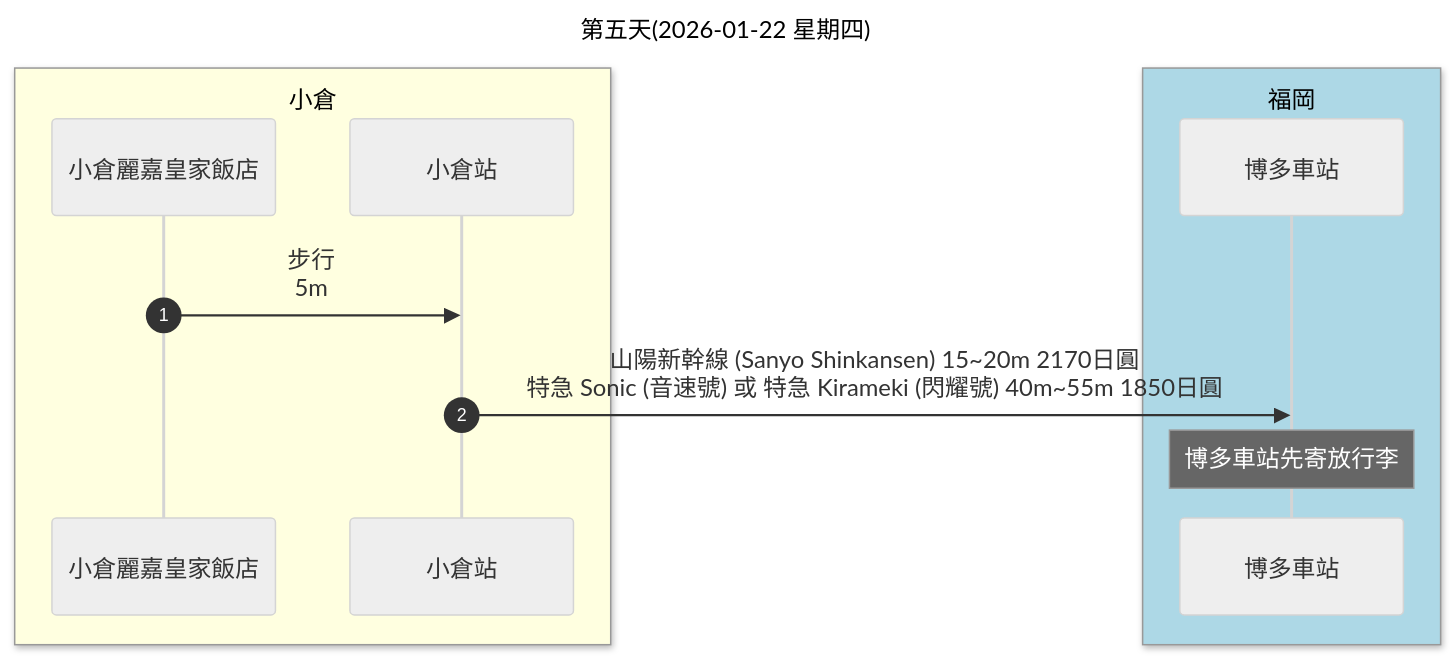
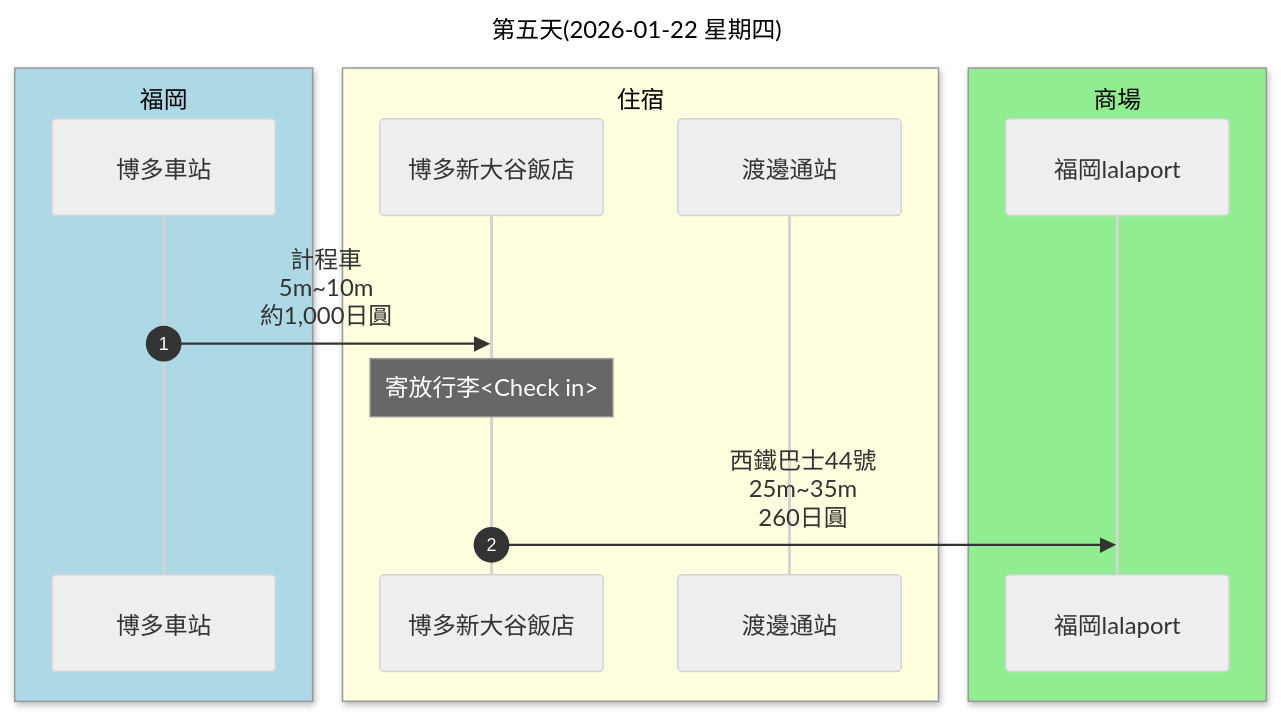
Before and after one commit to Shuming-Yang/2026-January-Trip: the seventh of 8 diagrams in 行程規劃A.md, drawn with Mermaid (neutral theme).

````diff
--- a/行程規劃A.md
+++ b/行程規劃A.md
@@ -255,15 +255,18 @@
 ```mermaid
 sequenceDiagram
     autonumber
     title: 第五天(2026-01-22 星期四)
-    box lightyellow 小倉
-    participant A as 小倉麗嘉皇家飯店
-    participant B as 小倉站
+    box lightblue 福岡
+    participant A as 博多車站
     end
-    box lightblue 福岡
-    participant C as 博多車站
+    box lightyellow 住宿
+    participant B1 as 博多新大谷飯店
+    participant B2 as 渡邊通站
     end
-    A ->> B: 步行<br>5m
-    B ->> C: 山陽新幹線 (Sanyo Shinkansen) 15~20m 2170日圓<br>特急 Sonic (音速號) 或 特急 Kirameki (閃耀號) 40m~55m 1850日圓
-    Note over C: 博多車站先寄放行李
+    box lightgreen 商場
+    participant C as 福岡lalaport
+    end
+    A ->> B1: 計程車<br>5m~10m<br>約1,000日圓
+    Note over B1: 寄放行李<Check in>
+    B1 ->> C: 西鐵巴士44號<br>25m~35m<br>260日圓
 ```
````
